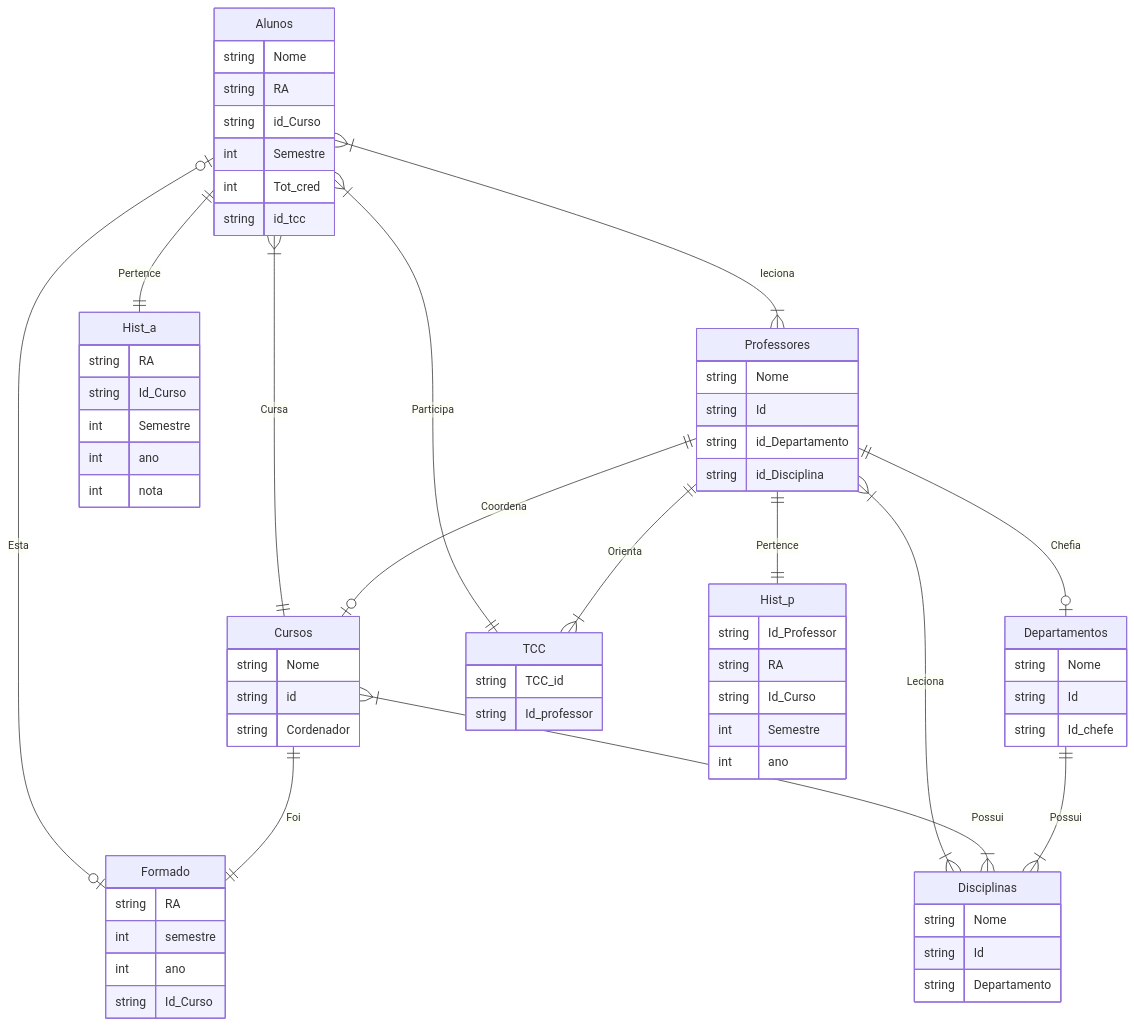
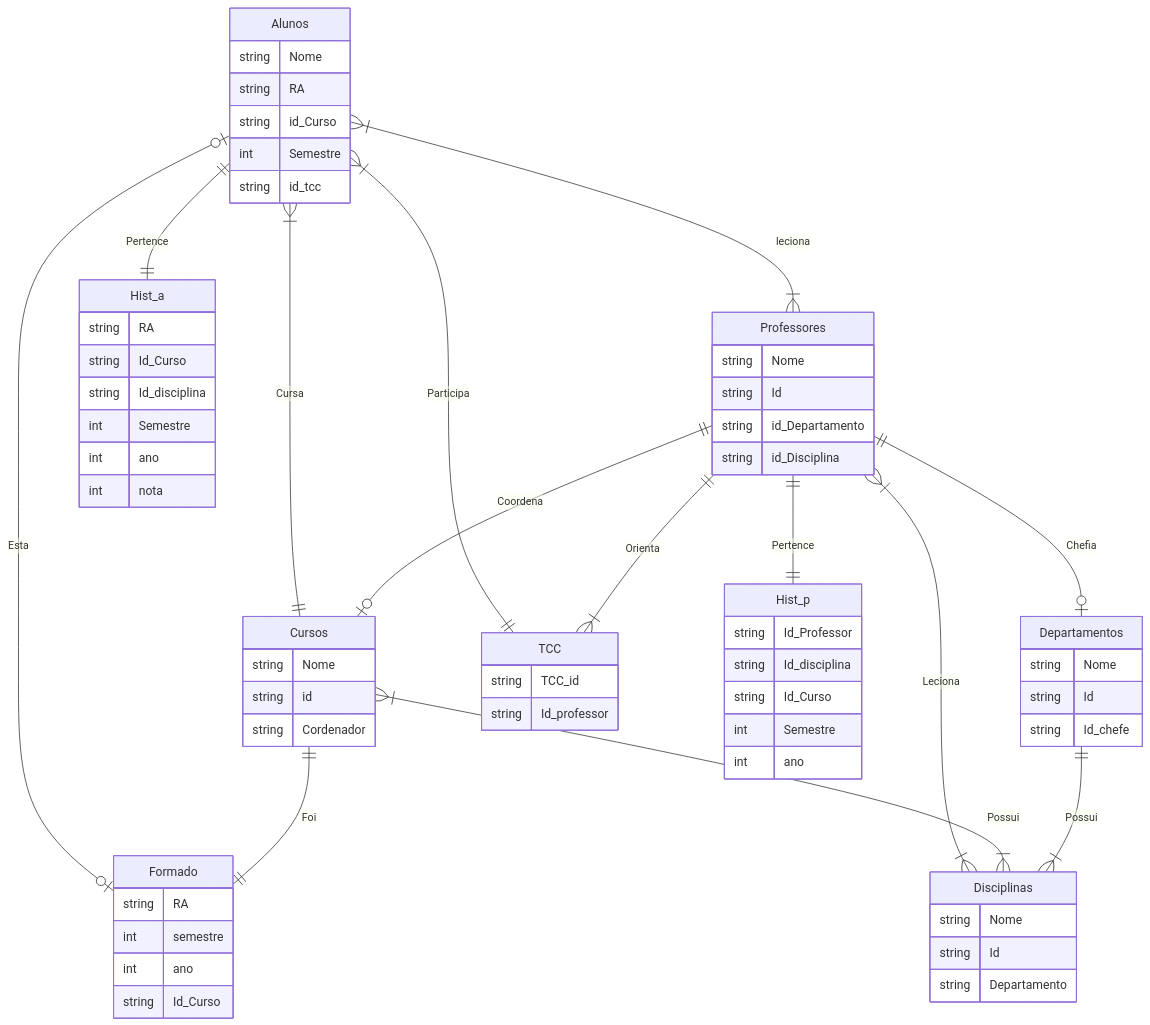
The diagram in Tabelas.md (LucasRezendeSimoes/ProjetoDB), drawn with Mermaid before and after one commit.

````diff
--- a/Tabelas.md
+++ b/Tabelas.md
@@ -1,73 +1,73 @@
 ```mermaid
 erDiagram
     Alunos {
         string Nome
         string RA
         string id_Curso
         int Semestre
-        int Tot_cred
         string id_tcc
     }
     Professores {
         string Nome
         string Id
         string id_Departamento
         string id_Disciplina
     }
     Cursos {
         string Nome
         string id
         string Cordenador
     }
     Departamentos {
         string Nome
         string Id
         string Id_chefe
     }
     Disciplinas {
         string Nome
         string Id
         string Departamento
     }
     TCC {
         string TCC_id
         string Id_professor
     }
     Hist_a {
         string RA
         string Id_Curso
+        string Id_disciplina
         int Semestre
         int ano
         int nota
     }
     Hist_p {
         string Id_Professor
-        string RA
+        string Id_disciplina
         string Id_Curso
         int Semestre
         int ano
     }
     Formado{
        string RA
         int semestre
         int ano
         string Id_Curso
     }
 
     Alunos }|--|{ Professores : leciona
     Alunos }|--|| Cursos : Cursa
     Alunos }|--|| TCC : Participa
     Alunos ||--|| Hist_a : Pertence
     Alunos |o--o| Formado : Esta
 
     Professores ||--o| Cursos : Coordena
     Professores ||--o| Departamentos : Chefia
     Professores }|--|{ Disciplinas: Leciona
     Professores ||--|{ TCC : Orienta
     Professores ||--|| Hist_p : Pertence
 
     Cursos }|--|{ Disciplinas : Possui
     Cursos ||--|| Formado : Foi
 
     Departamentos ||--|{ Disciplinas : Possui
 ```
````
